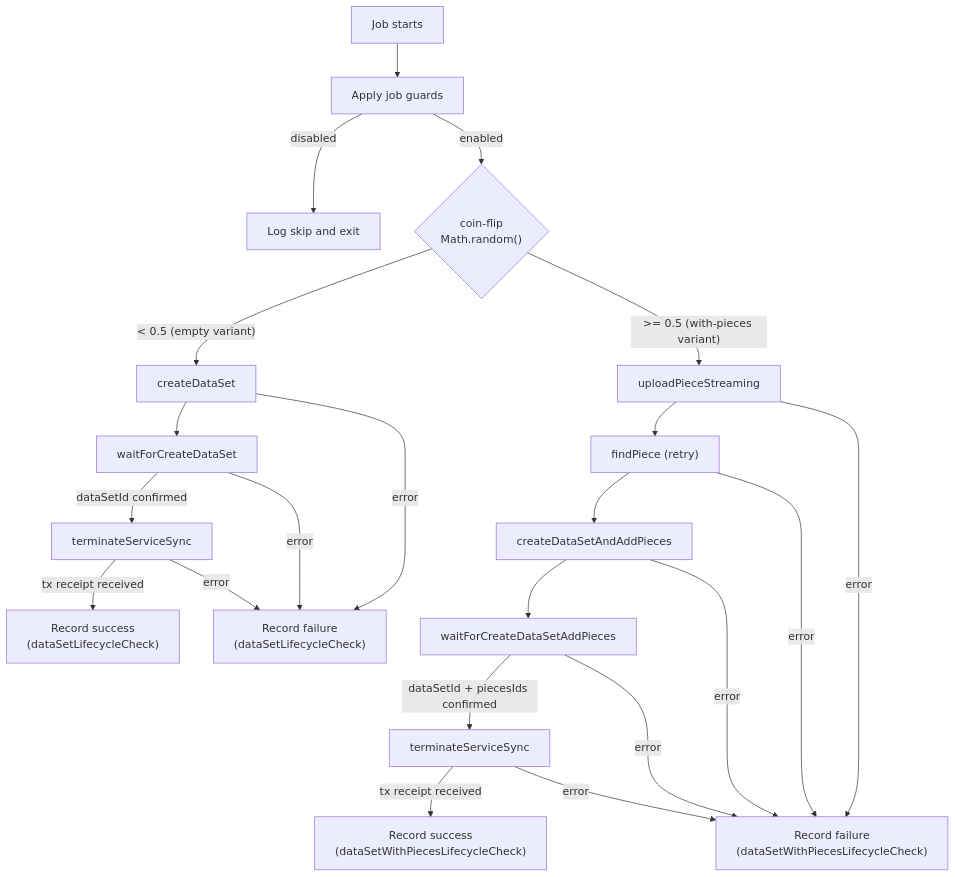
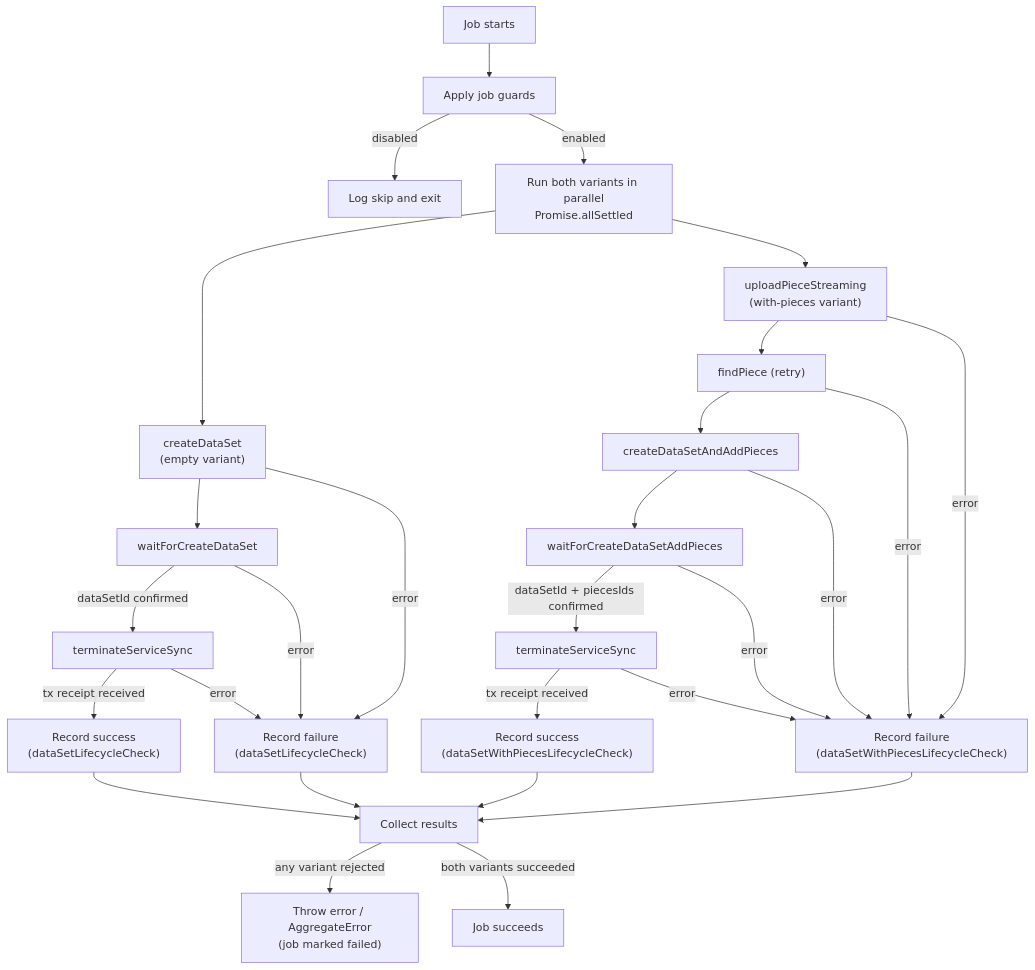
Before and after one commit to FilOzone/dealbot: the diagram in docs/checks/data-set-lifecycle-check.md, drawn with Mermaid. The commit also changed other lines of this file and 4 other files, not shown here.

Commit message:
refactor: run both lifecycle variants in parallel

````diff
--- a/docs/checks/data-set-lifecycle-check.md
+++ b/docs/checks/data-set-lifecycle-check.md
@@ -59,26 +59,30 @@
 ```mermaid
 flowchart TD
   Start["Job starts"] --> Guard["Apply job guards"]
   Guard -->|disabled| Skip["Log skip and exit"]
-  Guard -->|enabled| CoinFlip{"coin-flip\nMath.random()"}
+  Guard -->|enabled| Parallel["Run both variants in parallel\nPromise.allSettled"]
 
-  CoinFlip -->|"< 0.5 (empty variant)"| CreateDataSet["createDataSet"]
+  Parallel --> CreateDataSet["createDataSet\n(empty variant)"]
   CreateDataSet --> WaitEmpty["waitForCreateDataSet"]
   WaitEmpty -->|dataSetId confirmed| TerminateE["terminateServiceSync"]
   TerminateE -->|tx receipt received| SuccessE["Record success\n(dataSetLifecycleCheck)"]
   TerminateE -->|error| FailE["Record failure\n(dataSetLifecycleCheck)"]
   WaitEmpty -->|error| FailE
   CreateDataSet -->|error| FailE
 
-  CoinFlip -->|">= 0.5 (with-pieces variant)"| Upload["uploadPieceStreaming"]
+  Parallel --> Upload["uploadPieceStreaming\n(with-pieces variant)"]
   Upload --> FindPiece["findPiece (retry)"]
   FindPiece --> CreateWithPieces["createDataSetAndAddPieces"]
   CreateWithPieces --> WaitPieces["waitForCreateDataSetAddPieces"]
   WaitPieces -->|dataSetId + piecesIds confirmed| TerminateW["terminateServiceSync"]
   TerminateW -->|tx receipt received| SuccessW["Record success\n(dataSetWithPiecesLifecycleCheck)"]
   TerminateW -->|error| FailW["Record failure\n(dataSetWithPiecesLifecycleCheck)"]
   WaitPieces -->|error| FailW
   CreateWithPieces -->|error| FailW
   FindPiece -->|error| FailW
   Upload -->|error| FailW
+
+  SuccessE & FailE & SuccessW & FailW --> Settle["Collect results"]
+  Settle -->|any variant rejected| JobFail["Throw error / AggregateError\n(job marked failed)"]
+  Settle -->|both variants succeeded| JobSuccess["Job succeeds"]
 ```
````
